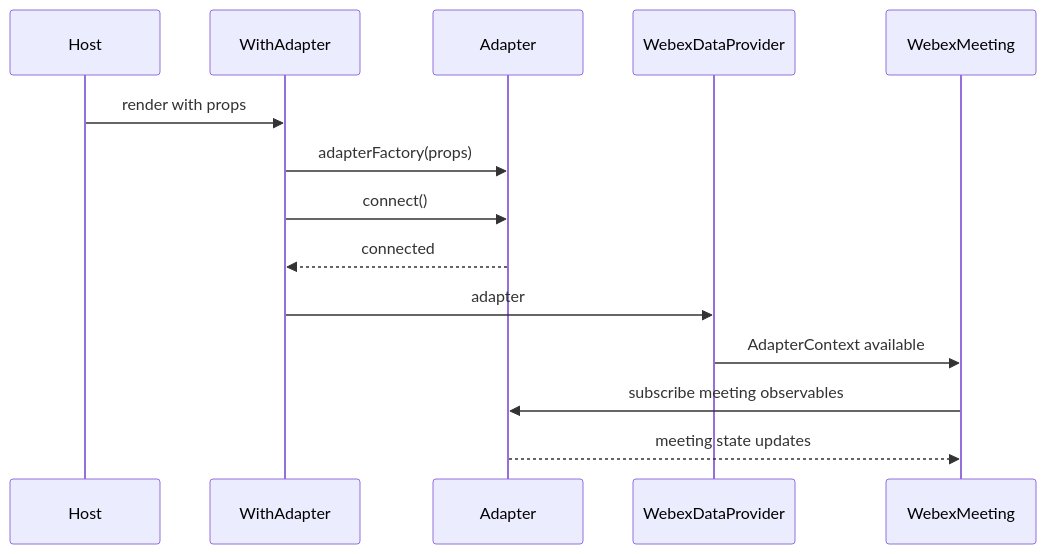
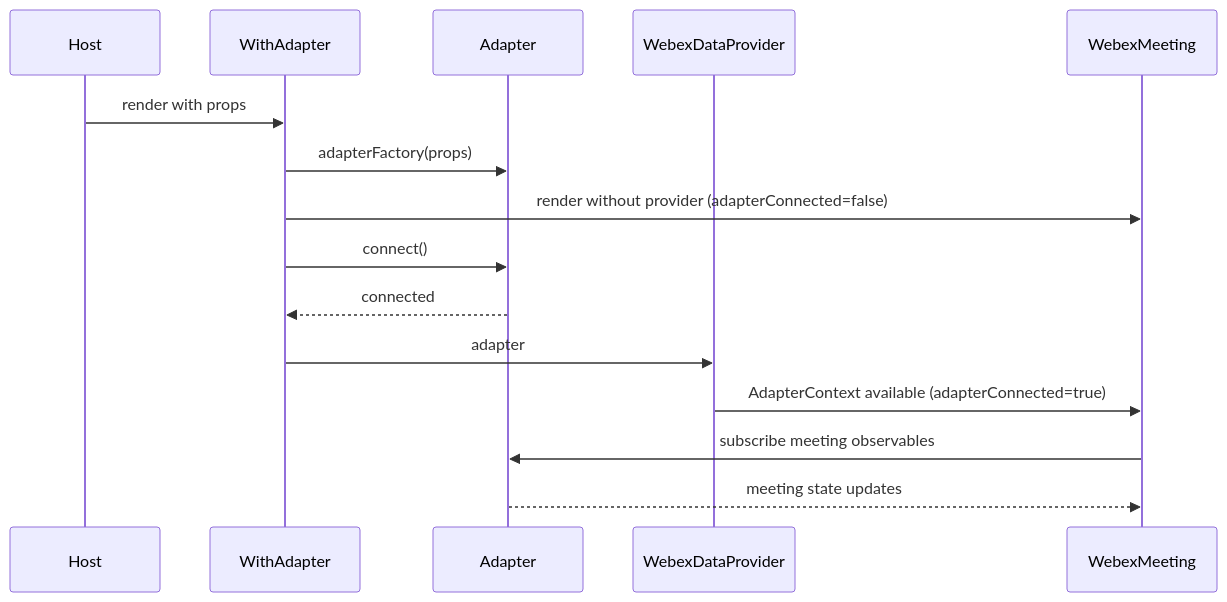
One commit to webex/components changed the second of 4 diagrams in src/components/ai-docs/components-spec.md. Above: the diagram before and after it, drawn with Mermaid. The commit also changed other lines of this file and 15 other files, not shown here.

````diff
--- a/src/components/ai-docs/components-spec.md
+++ b/src/components/ai-docs/components-spec.md
@@ -147,17 +183,18 @@
 ```mermaid
 sequenceDiagram
   participant Host
   participant WithAdapter
   participant Adapter
   participant Provider as WebexDataProvider
   participant Comp as WebexMeeting
 
   Host->>WithAdapter: render with props
   WithAdapter->>Adapter: adapterFactory(props)
+  WithAdapter->>Comp: render without provider (adapterConnected=false)
   WithAdapter->>Adapter: connect()
   Adapter-->>WithAdapter: connected
   WithAdapter->>Provider: adapter
-  Provider->>Comp: AdapterContext available
+  Provider->>Comp: AdapterContext available (adapterConnected=true)
   Comp->>Adapter: subscribe meeting observables
   Adapter-->>Comp: meeting state updates
 ```
````
